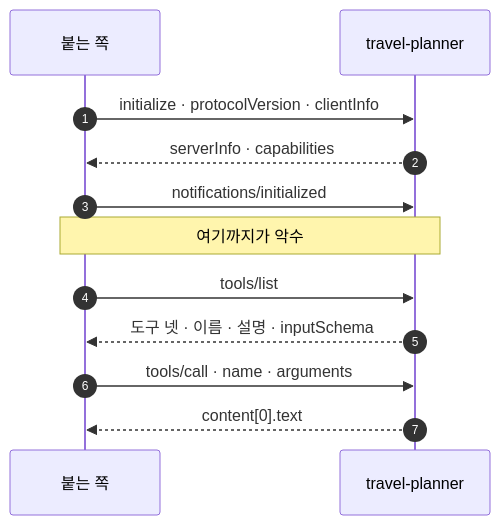
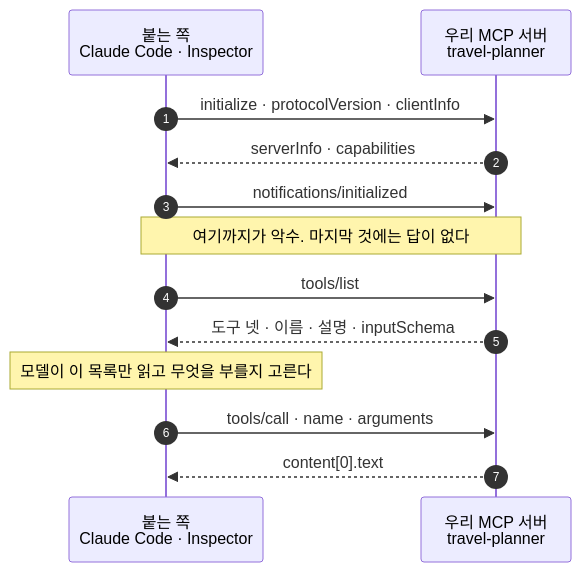
Before and after one commit to 2026-ai-service-engineering-a/ai_service_engineering-track_a: diagram 17 of 29 in site/src/content/slides/ko/session-08/index.mdx, drawn with Mermaid. The commit also changed other lines of this file and 1 other file, not shown here.

Commit message:
Carry every diagram from the doc into the deck

````diff
--- a/site/src/content/slides/ko/session-08/index.mdx
+++ b/site/src/content/slides/ko/session-08/index.mdx
@@ -947,14 +951,15 @@
 ```mermaid
 sequenceDiagram
     autonumber
-    participant C as 붙는 쪽
-    participant S as travel-planner
+    participant C as 붙는 쪽<br/>Claude Code · Inspector
+    participant S as 우리 MCP 서버<br/>travel-planner
     C->>S: initialize · protocolVersion · clientInfo
     S-->>C: serverInfo · capabilities
     C->>S: notifications/initialized
-    Note over C,S: 여기까지가 악수
+    Note over C,S: 여기까지가 악수. 마지막 것에는 답이 없다
     C->>S: tools/list
     S-->>C: 도구 넷 · 이름 · 설명 · inputSchema
+    Note over C: 모델이 이 목록만 읽고 무엇을 부를지 고른다
     C->>S: tools/call · name · arguments
     S-->>C: content[0].text
 ```
````
